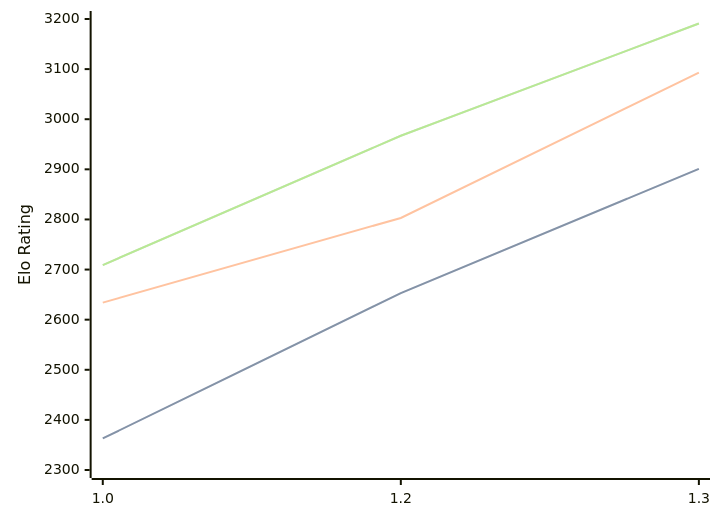
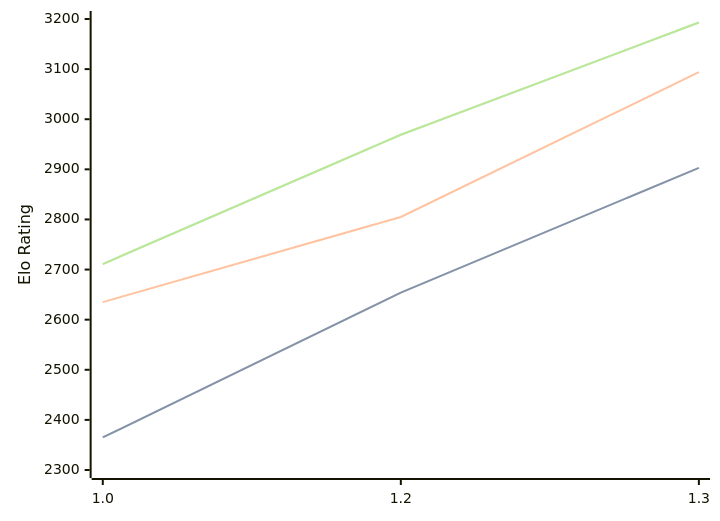
Before and after one commit to computer-chess-index/cci: the diagram in engines/Chessnix.md, drawn with Mermaid. The commit also changed other lines of this file, not shown here.

Commit message:
Update CCI Ratings (ELO VLTC) - 2026-03-29

````diff
--- a/engines/Chessnix.md
+++ b/engines/Chessnix.md
@@ -35,11 +35,11 @@
 ```mermaid
 %%{init: {"theme":"base","themeVariables":{"seriesColors:['#a3a3a3','#222221','#faa371']}}}%%
 xychart-beta
   x-axis ["1.0", "1.2", "1.3"]
   y-axis "Elo Rating" 2300 --> 3200
-  line "STC (8.0+0.08s)" [2363, 2653, 2901]
-  line "STC (8.0+0.08s)" [2363, 2653, 2901]
-  line "LTC (60.0+0.60s)" [2634, 2803, 3093]
-  line "VLTC (2m24s+1.12s)" [2709, 2967, 3191]
-  line "VLTC (2m24s+1.12s)" [2709, 2967, 3191]
+  line "STC (8.0+0.08s)" [2365, 2654, 2903]
+  line "STC (8.0+0.08s)" [2365, 2654, 2903]
+  line "LTC (60.0+0.60s)" [2635, 2805, 3094]
+  line "VLTC (2m24s+1.12s)" [2711, 2969, 3193]
+  line "VLTC (2m24s+1.12s)" [2711, 2969, 3193]
 ```
````
